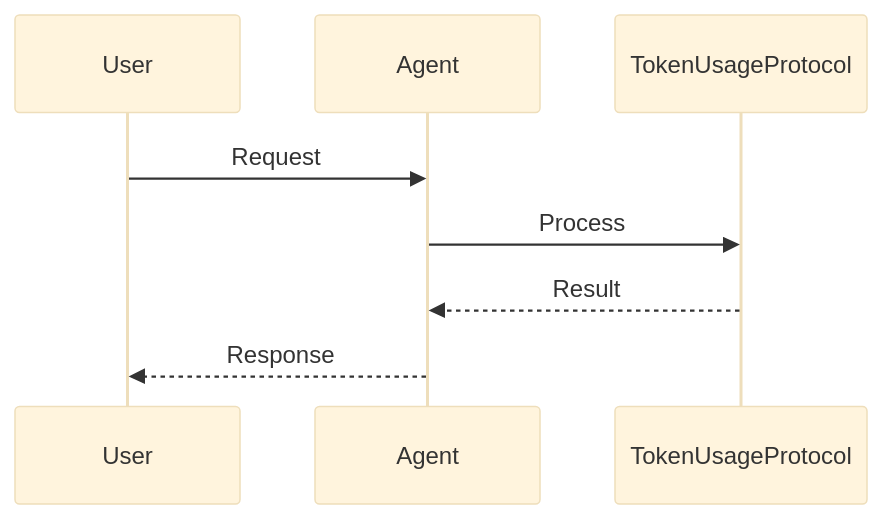
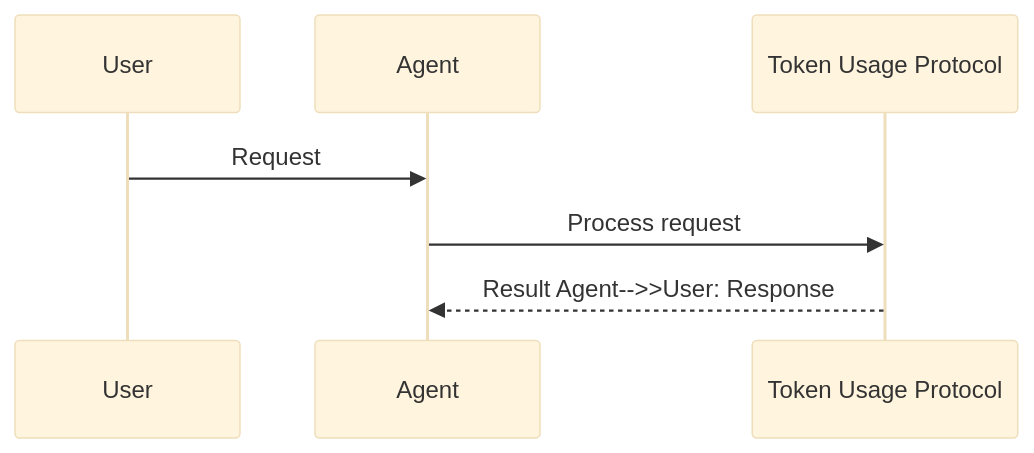
Before and after one commit to MervinPraison/PraisonAIDocs: the second of 2 diagrams in docs/features/token-usage-protocol.mdx, drawn with Mermaid (base theme). The commit also changed 204 other files, not shown here.

First line of the commit message:
docs: align feature/tool pages with AGENTS.md hero + sequence + import standards (fixes #1775)

````diff
--- a/docs/features/token-usage-protocol.mdx
+++ b/docs/features/token-usage-protocol.mdx
@@ -47,11 +47,10 @@
 ```mermaid
 sequenceDiagram
     participant User
     participant Agent
-    participant TokenUsageProtocol
+    participant Feature as Token Usage Protocol
 
     User->>Agent: Request
-    Agent->>TokenUsageProtocol: Process
-    TokenUsageProtocol-->>Agent: Result
-    Agent-->>User: Response
+    Agent->>Feature: Process request
+    Feature-->>Agent: Result    Agent-->>User: Response
 ```
````
